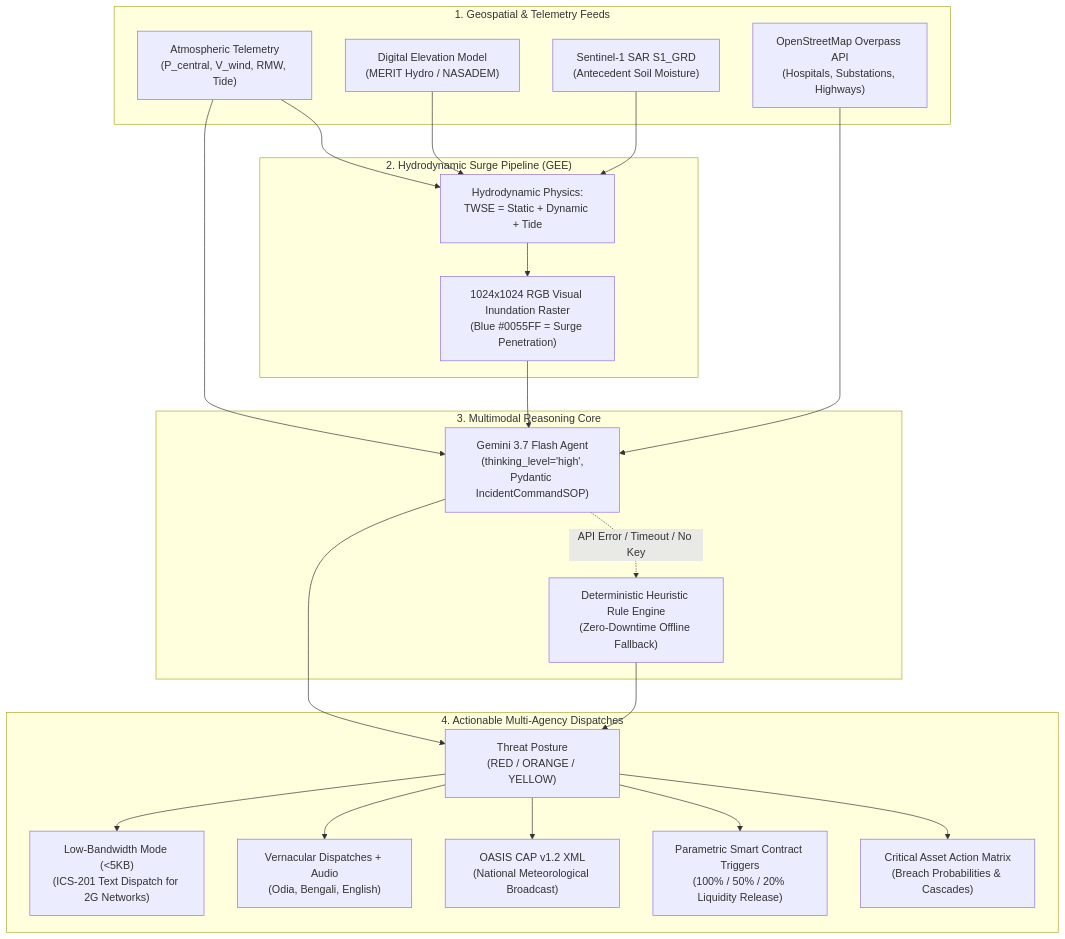
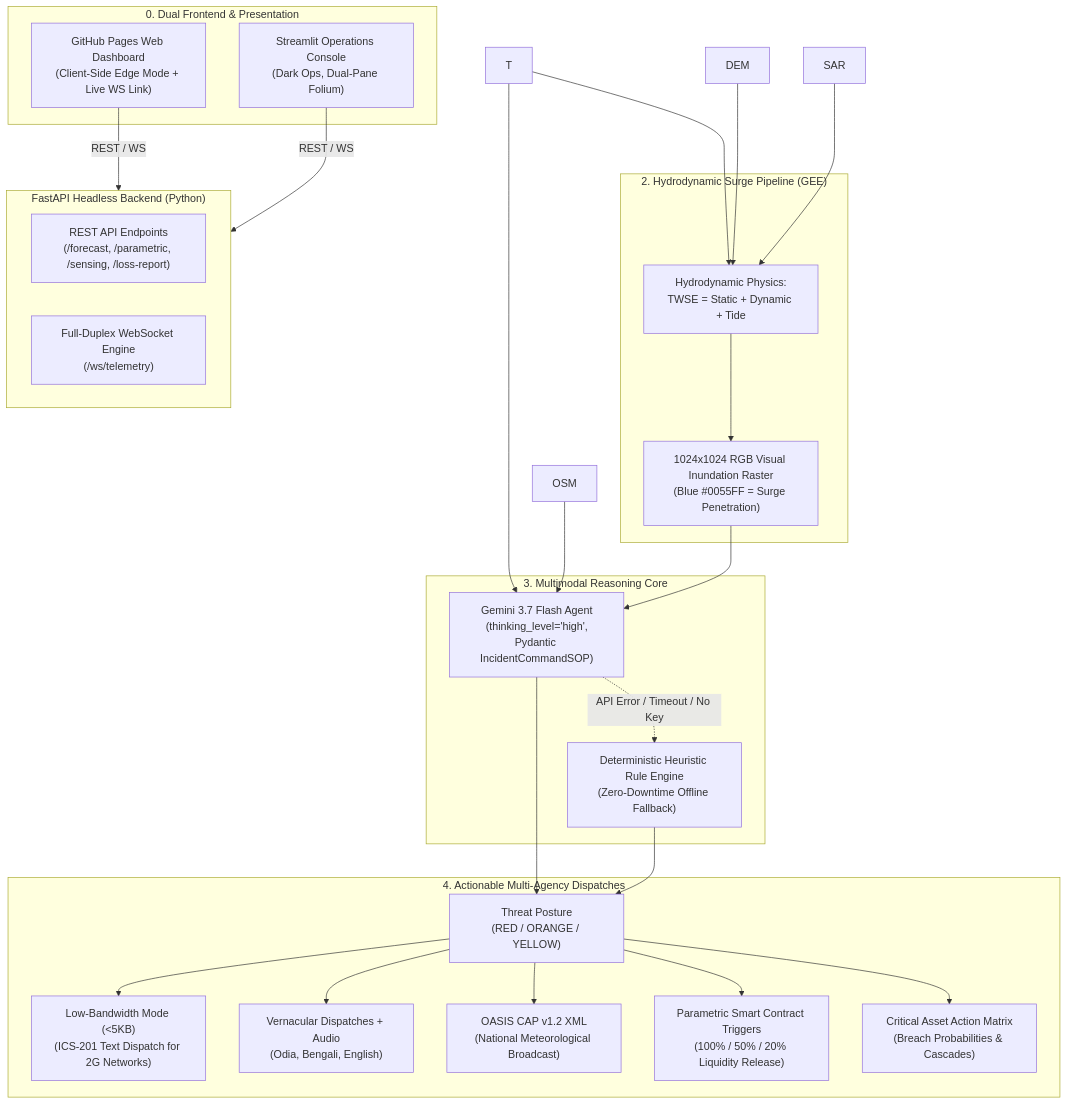
The diagram in README.md (purangsrijan91-dev/Vayunex), drawn with Mermaid before and after one commit. The commit also changed other lines of this file and 3 other files, not shown here.

Commit message:
feat(api-ws): add full-duplex WebSocket telemetry streaming (/ws/telemetry), client connector in index.html, and automated tests

````diff
--- a/README.md
+++ b/README.md
@@ -32,47 +46,53 @@
 ```mermaid
 flowchart TD
-    subgraph DataIngestion ["1. Geospatial & Telemetry Feeds"]
-        T["Atmospheric Telemetry\n(P_central, V_wind, RMW, Tide)"]
-        DEM["Digital Elevation Model\n(MERIT Hydro / NASADEM)"]
-        SAR["Sentinel-1 SAR S1_GRD\n(Antecedent Soil Moisture)"]
-        OSM["OpenStreetMap Overpass API\n(Hospitals, Substations, Highways)"]
+    subgraph ClientLayer ["0. Dual Frontend & Presentation"]
+        GP["GitHub Pages Web Dashboard\n(Client-Side Edge Mode + Live WS Link)"]
+        SC["Streamlit Operations Console\n(Dark Ops, Dual-Pane Folium)"]
     end
+
+    subgraph APILayer ["FastAPI Headless Backend (Python)"]
+        REST["REST API Endpoints\n(/forecast, /parametric, /sensing, /loss-report)"]
+        WS["Full-Duplex WebSocket Engine\n(/ws/telemetry)"]
+    end
+
+    GP -->|REST / WS| APILayer
+    SC -->|REST / WS| APILayer
 
     subgraph HydroEngine ["2. Hydrodynamic Surge Pipeline (GEE)"]
         Physics["Hydrodynamic Physics:\nTWSE = Static + Dynamic + Tide"]
         Raster["1024x1024 RGB Visual Inundation Raster\n(Blue #0055FF = Surge Penetration)"]
     end
 
     subgraph IntelligenceCore ["3. Multimodal Reasoning Core"]
         Gemini["Gemini 3.7 Flash Agent\n(thinking_level='high',\nPydantic IncidentCommandSOP)"]
         Fallback["Deterministic Heuristic Rule Engine\n(Zero-Downtime Offline Fallback)"]
     end
 
     subgraph OperationalOutputs ["4. Actionable Multi-Agency Dispatches"]
         Posture["Threat Posture\n(RED / ORANGE / YELLOW)"]
         Matrix["Critical Asset Action Matrix\n(Breach Probabilities & Cascades)"]
         Parametric["Parametric Smart Contract Triggers\n(100% / 50% / 20% Liquidity Release)"]
         CAP["OASIS CAP v1.2 XML\n(National Meteorological Broadcast)"]
         Vernacular["Vernacular Dispatches + Audio\n(Odia, Bengali, English)"]
         FieldMode["Low-Bandwidth Mode (<5KB)\n(ICS-201 Text Dispatch for 2G Networks)"]
     end
 
     T --> Physics
     DEM --> Physics
     SAR --> Physics
     Physics --> Raster
 
     Raster --> Gemini
     T --> Gemini
     OSM --> Gemini
 
     Gemini -.->|API Error / Timeout / No Key| Fallback
     Fallback --> Posture
     Gemini --> Posture
 
     Posture --> Matrix
     Posture --> Parametric
     Posture --> CAP
     Posture --> Vernacular
     Posture --> FieldMode
 ```
````
